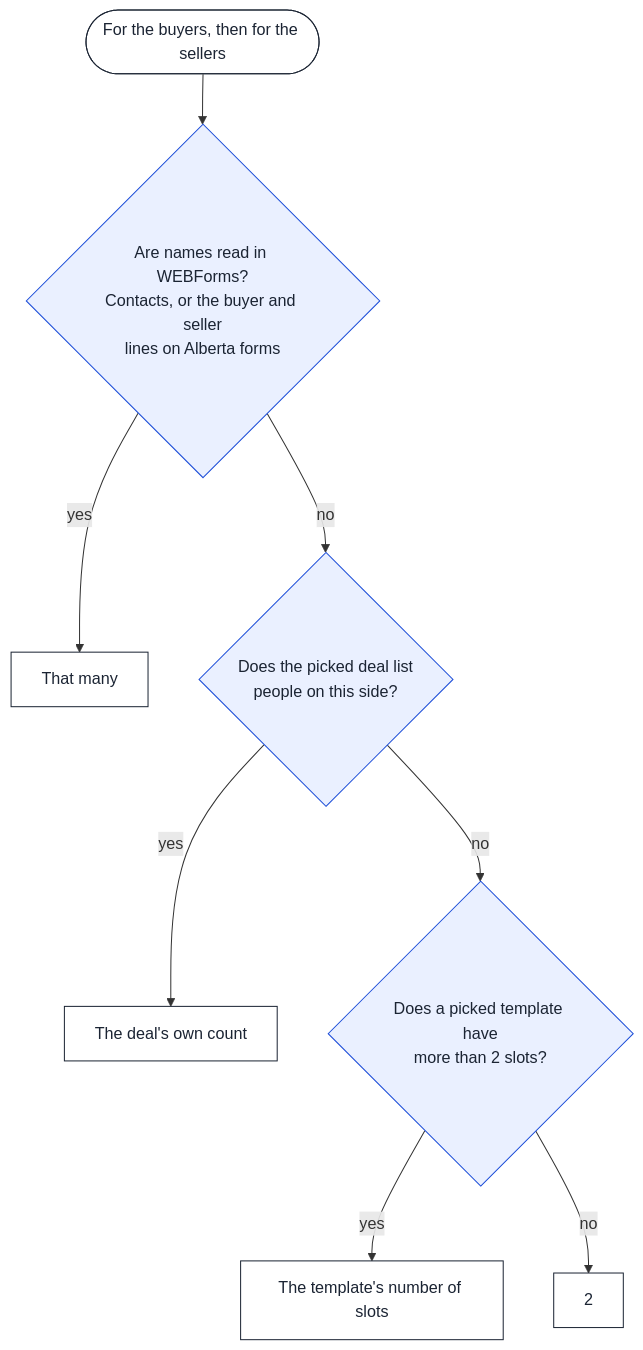
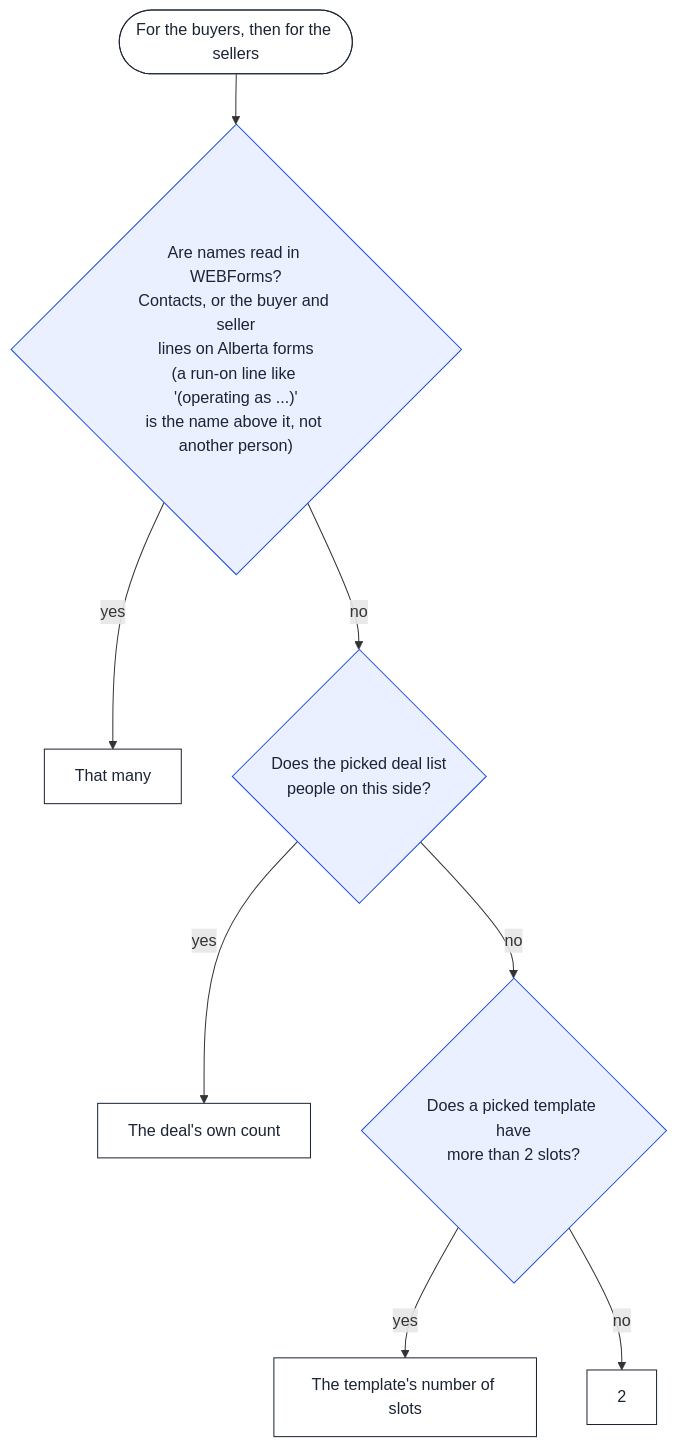
One commit to stante-group/dotted-line changed the third of 4 diagrams in docs/how-the-panel-decides.md. Above: the diagram before and after it, drawn with Mermaid. The commit also changed other lines of this file and 3 other files, not shown here.

First line of the commit message:
Signer counts: a name run on to a second line isn't a second signer

````diff
--- a/docs/how-the-panel-decides.md
+++ b/docs/how-the-panel-decides.md
@@ -74,15 +74,15 @@
 ```mermaid
 flowchart TD
-  A(["For the buyers, then for the sellers"]) --> F{"Are names read in WEBForms?<br/>Contacts, or the buyer and seller<br/>lines on Alberta forms"}
+  A(["For the buyers, then for the sellers"]) --> F{"Are names read in WEBForms?<br/>Contacts, or the buyer and seller<br/>lines on Alberta forms<br/>(a run-on line like '(operating as ...)'<br/>is the name above it, not another person)"}
   F -- yes --> F1["That many"]
   F -- no --> DL{"Does the picked deal list<br/>people on this side?"}
   DL -- yes --> D1["The deal's own count"]
   DL -- no --> TS{"Does a picked template have<br/>more than 2 slots?"}
   TS -- yes --> T1["The template's number of slots"]
   TS -- no --> TWO["2"]
 
   classDef q fill:#eaf0ff,stroke:#1d4ed8,color:#1b2433
   classDef out fill:#ffffff,stroke:#1b2433,color:#1b2433
   class F,DL,TS q
   class A,F1,D1,T1,TWO out
 ```
````
